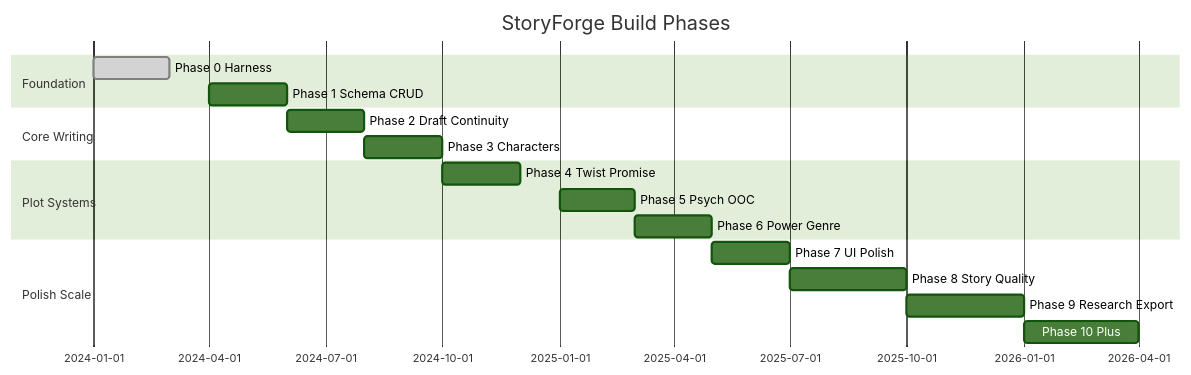
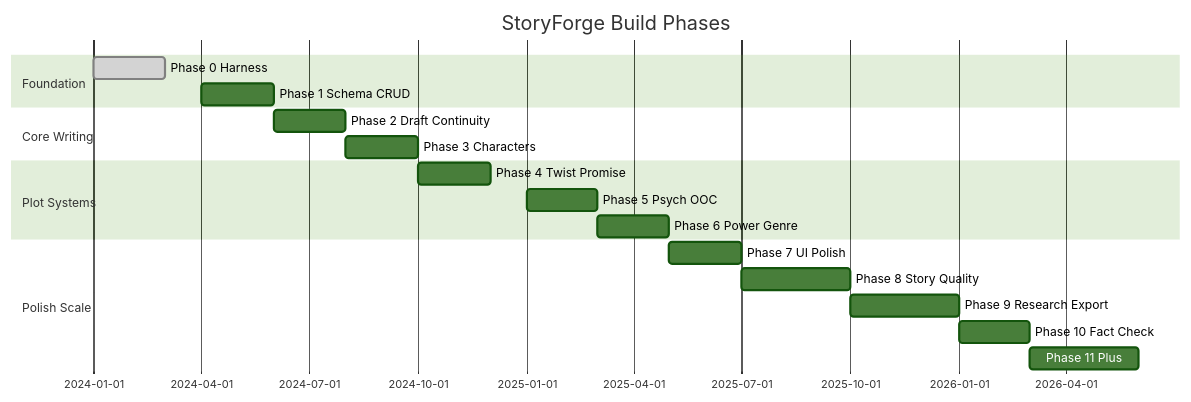
One commit to nkchuong1607/storyforge changed the diagram in docs/product/06-build-plan.md. Above: the diagram before and after it, drawn with Mermaid (forest theme). The commit also changed other lines of this file and 11 other files, not shown here.

First line of the commit message:
docs(specs): add Phase 10 real-world fact-check specifications

````diff
--- a/docs/product/06-build-plan.md
+++ b/docs/product/06-build-plan.md
@@ -9,20 +9,21 @@
 ```mermaid
 gantt
     title StoryForge Build Phases
     dateFormat YYYY-MM
     section Foundation
     Phase 0 Harness           :done, p0, 2024-01, 2024-03
     Phase 1 Schema CRUD       :p1, 2024-04, 2024-06
     section Core Writing
     Phase 2 Draft Continuity  :p2, 2024-06, 2024-08
     Phase 3 Characters        :p3, 2024-08, 2024-10
     section Plot Systems
     Phase 4 Twist Promise     :p4, 2024-10, 2024-12
     Phase 5 Psych OOC         :p5, 2025-01, 2025-03
     Phase 6 Power Genre       :p6, 2025-03, 2025-05
     section Polish Scale
     Phase 7 UI Polish         :p7, 2025-05, 2025-07
     Phase 8 Story Quality     :p8, 2025-07, 2025-10
     Phase 9 Research Export   :p9, 2025-10, 2026-01
-    Phase 10 Plus             :p10, 2026-01, 2026-04
+    Phase 10 Fact Check       :p10, 2026-01, 2026-03
+    Phase 11 Plus             :p11, 2026-03, 2026-06
 ```
````
